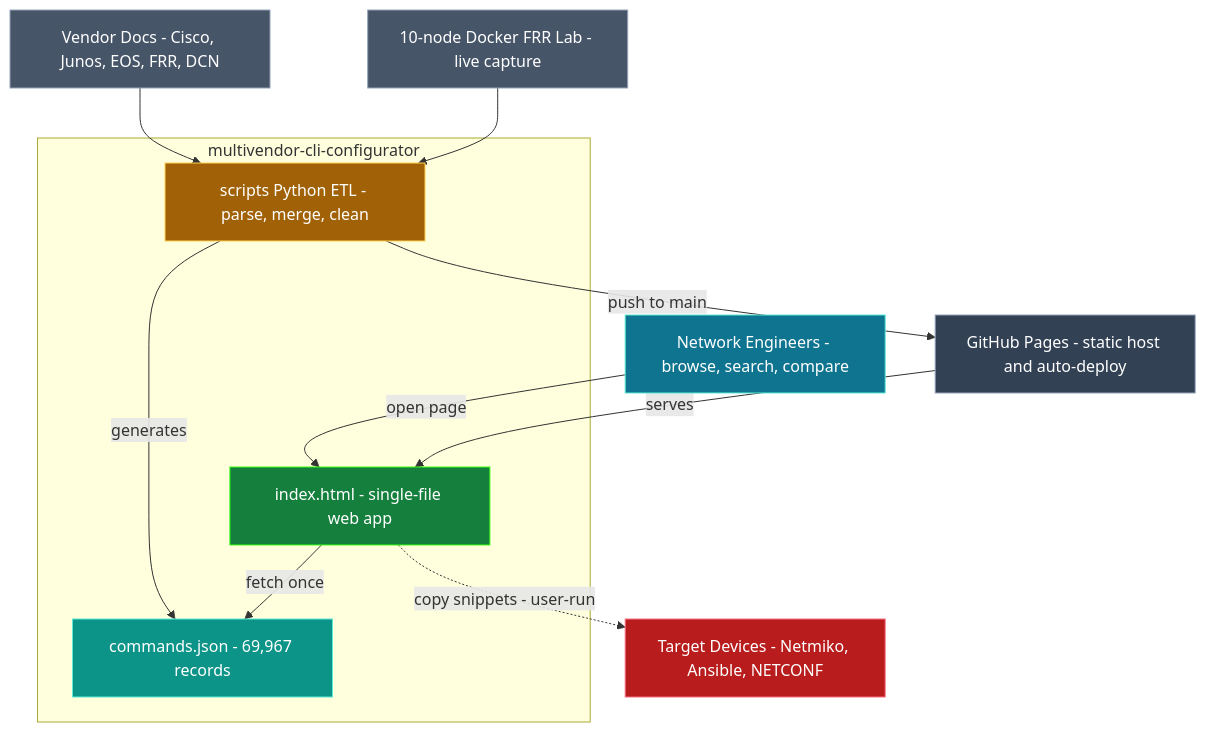
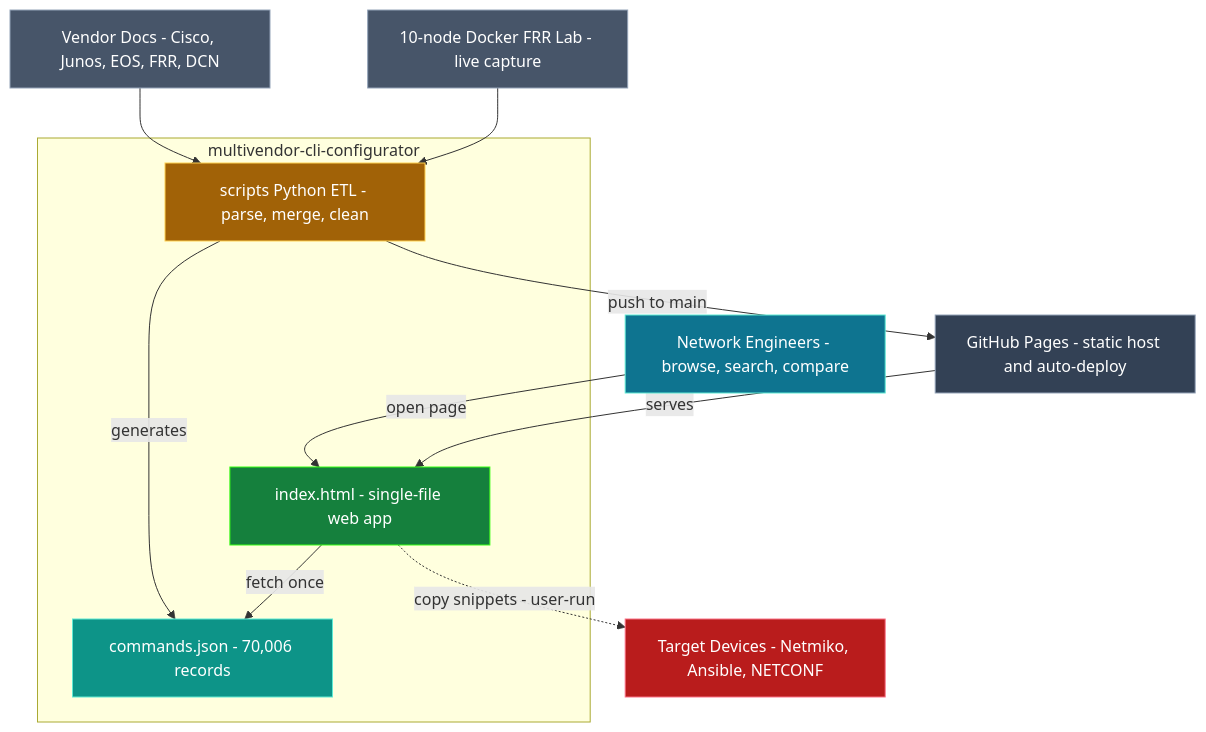
One commit to gesh75/multivendor-cli-configurator changed the diagram in README.md. Above: the diagram before and after it, drawn with Mermaid. The commit also changed other lines of this file and 12 other files, not shown here.

````diff
--- a/README.md
+++ b/README.md
@@ -137,32 +137,32 @@
 ```mermaid
 flowchart TB
     eng["Network Engineers - browse, search, compare"]:::actor
     docs["Vendor Docs - Cisco, Junos, EOS, FRR, DCN"]:::source
     lab["10-node Docker FRR Lab - live capture"]:::source
 
     subgraph SYS["multivendor-cli-configurator"]
       app["index.html - single-file web app"]:::core
-      data["commands.json - 69,967 records"]:::store
+      data["commands.json - 70,006 records"]:::store
       pipe["scripts Python ETL - parse, merge, clean"]:::build
     end
 
     pages["GitHub Pages - static host and auto-deploy"]:::ext
     devices["Target Devices - Netmiko, Ansible, NETCONF"]:::target
 
     eng -->|"open page"| app
     app -->|"fetch once"| data
     docs --> pipe
     lab --> pipe
     pipe -->|"generates"| data
     pipe -->|"push to main"| pages
     pages -->|"serves"| app
     app -.->|"copy snippets - user-run"| devices
 
     classDef actor  fill:#0e7490,stroke:#5eead4,color:#fff
     classDef source fill:#475569,stroke:#94a3b8,color:#fff
     classDef core   fill:#15803d,stroke:#39ff14,color:#fff
     classDef store  fill:#0d9488,stroke:#5eead4,color:#fff
     classDef build  fill:#a16207,stroke:#ffd152,color:#fff
     classDef ext    fill:#334155,stroke:#94a3b8,color:#fff
     classDef target fill:#b91c1c,stroke:#fb7185,color:#fff
 ```
````
